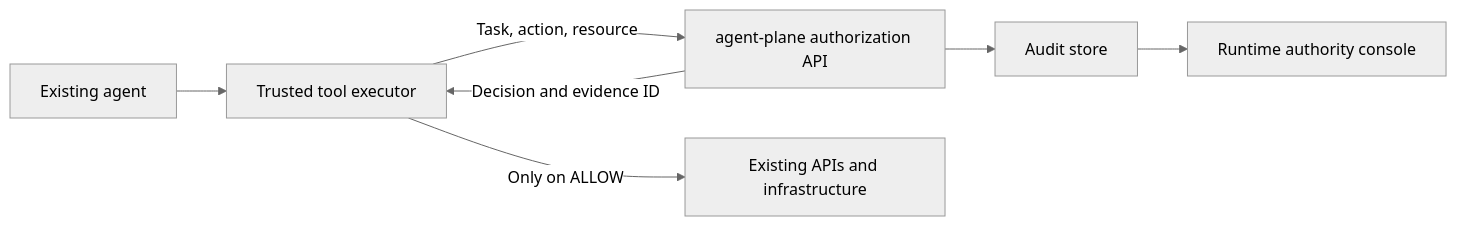
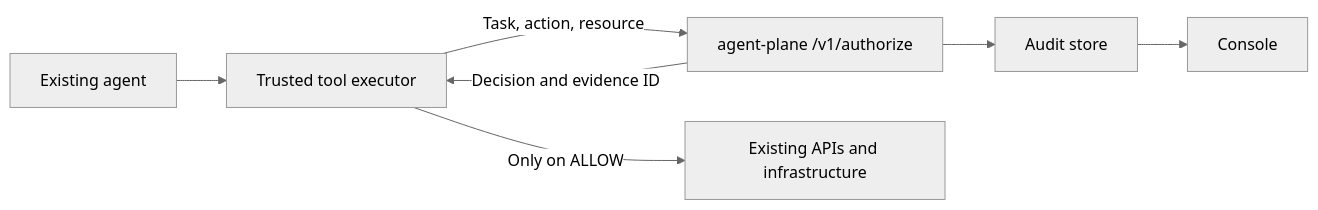
Before and after one commit to vishnu-77/agent-plane: the diagram in docs/integration/authorization.md, drawn with Mermaid (neutral theme). The commit also changed other lines of this file and 122 other files, not shown here.

````diff
--- a/docs/integration/authorization.md
+++ b/docs/integration/authorization.md
@@ -21,9 +13,9 @@
 ```mermaid
 flowchart LR
     A[Existing agent] --> E[Trusted tool executor]
-    E -->|Task, action, resource| P[agent-plane authorization API]
+    E -->|Task, action, resource| P[agent-plane /v1/authorize]
     P -->|Decision and evidence ID| E
     E -->|Only on ALLOW| T[Existing APIs and infrastructure]
     P --> L[Audit store]
-    L --> C[Runtime authority console]
+    L --> C[Console]
 ```
````
